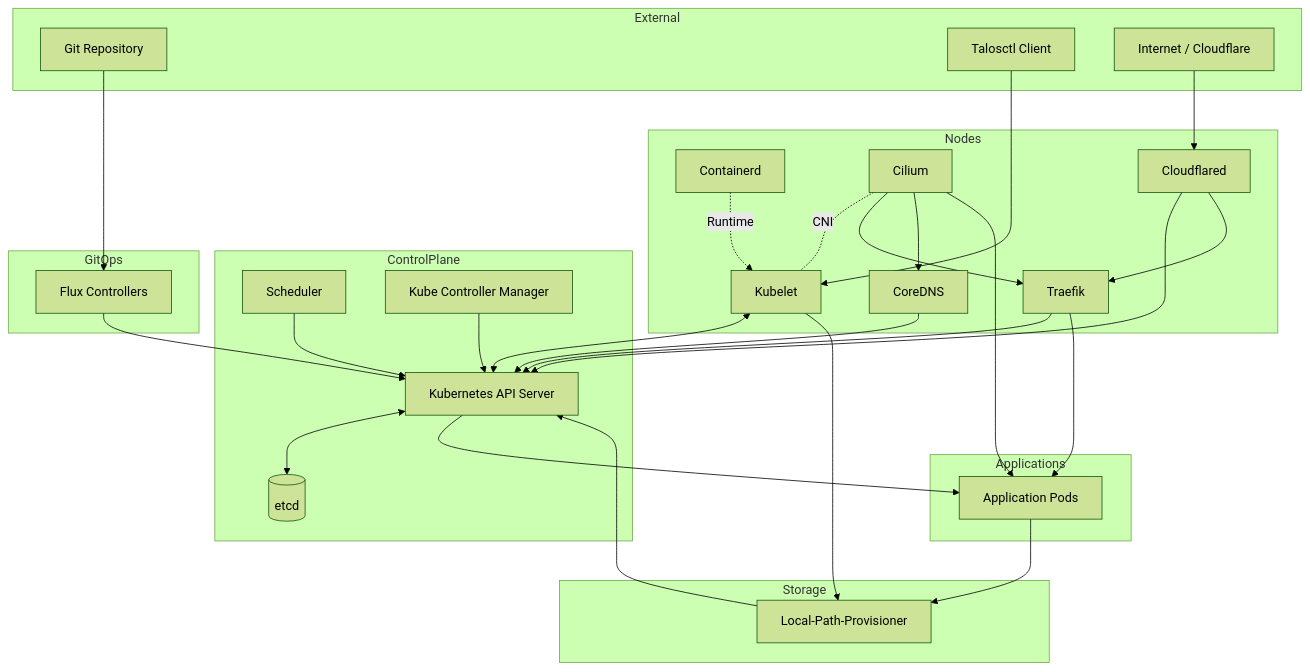
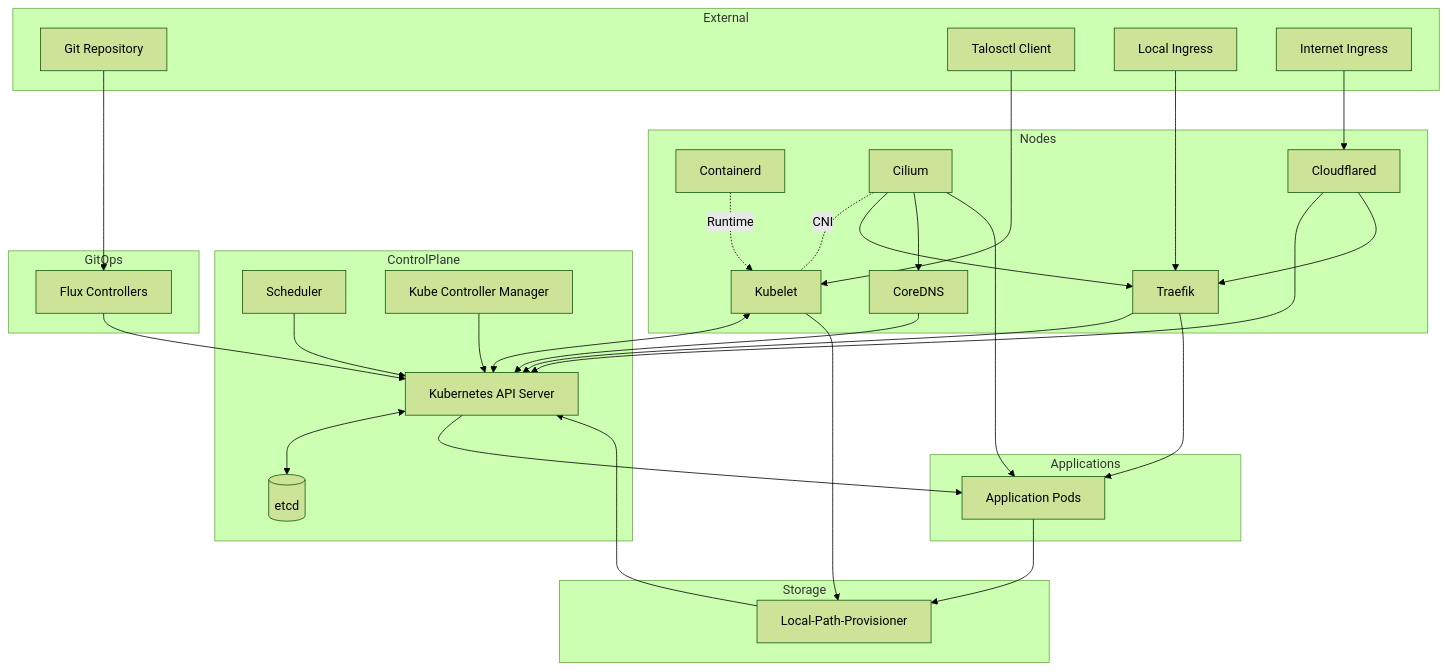
Before and after one commit to 0x4272616E646F6E/homelab: the diagram in README.md, drawn with Mermaid (forest theme).

Commit message:
updated readme and diagram.

````diff
--- a/README.md
+++ b/README.md
@@ -39,71 +39,73 @@
 ```mermaid
 flowchart TD
   %% External
   subgraph External
     GIT[Git Repository]
     USER[Talosctl Client]
-    NET[Internet / Cloudflare]
+    LOCALNET[Local Ingress]
+    NET[Internet Ingress]
   end
 
   %% Control Plane
   subgraph ControlPlane
     APIS[Kubernetes API Server]
     ETCD[(etcd)]
     SCHED[Scheduler]
     KCM[Kube Controller Manager]
   end
 
   APIS <--> ETCD
   SCHED --> APIS
   KCM --> APIS
 
   %% GitOps (runs in cluster)
   subgraph GitOps
     FLUX[Flux Controllers]
   end
 
   GIT --> FLUX
   FLUX --> APIS
 
   %% Nodes / Data Plane
   subgraph Nodes
     KUBE[Kubelet]
     CRI[Containerd]
     CIL[Cilium]
     DNS[CoreDNS]
     TRF[Traefik]
     CFD[Cloudflared]
   end
 
   KUBE <--> APIS
   CRI -. Runtime .-> KUBE
   CIL -. CNI .- KUBE
   DNS --> APIS
   TRF --> APIS
   CFD --> APIS
   NET --> CFD
+  LOCALNET --> TRF
   CFD --> TRF
   CIL --> TRF
   CIL --> DNS
 
   %% Storage
   subgraph Storage
     LPP[Local-Path-Provisioner]
   end
 
   LPP --> APIS
   KUBE --> LPP
 
   %% Applications
   subgraph Applications
     APP[Application Pods]
   end
 
   APIS --> APP
   CIL --> APP
   TRF --> APP
   APP --> LPP
 
   %% Talos management
   USER --> KUBE
 ```
````
